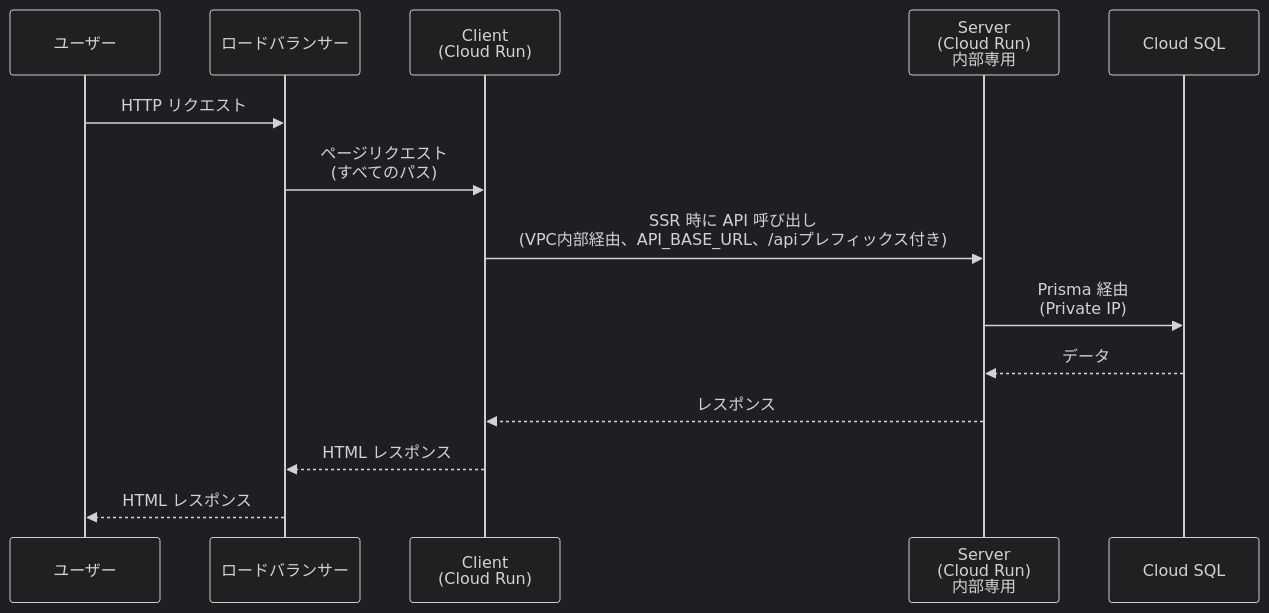
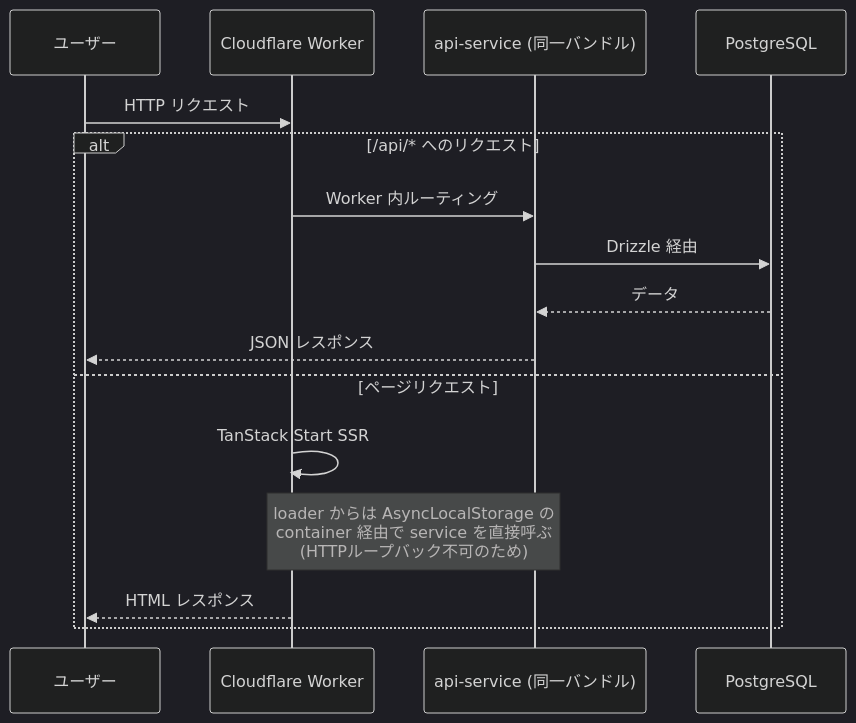
The third of 3 diagrams in docs/architecture/architecture.md (revedge-jp/fullstack-hono-tanstack-template), drawn with Mermaid (dark theme) before and after one commit. The commit also changed other lines of this file and 30 other files, not shown here.

````diff
--- a/docs/architecture/architecture.md
+++ b/docs/architecture/architecture.md
@@ -169,17 +94,19 @@
 ```mermaid
 sequenceDiagram
     participant User as ユーザー
-    participant LB as ロードバランサー
-    participant Client as Client<br/>(Cloud Run)
-    participant Server as Server<br/>(Cloud Run)<br/>内部専用
-    participant DB as Cloud SQL
-    
-    User->>LB: HTTP リクエスト
-    LB->>Client: ページリクエスト<br/>(すべてのパス)
-    Client->>Server: SSR 時に API 呼び出し<br/>(VPC内部経由、API_BASE_URL、/apiプレフィックス付き)
-    Server->>DB: Prisma 経由<br/>(Private IP)
-    DB-->>Server: データ
-    Server-->>Client: レスポンス
-    Client-->>LB: HTML レスポンス
-    LB-->>User: HTML レスポンス
+    participant Worker as Cloudflare Worker
+    participant Hono as api-service (同一バンドル)
+    participant DB as PostgreSQL
+
+    User->>Worker: HTTP リクエスト
+    alt /api/* へのリクエスト
+        Worker->>Hono: Worker 内ルーティング
+        Hono->>DB: Drizzle 経由
+        DB-->>Hono: データ
+        Hono-->>User: JSON レスポンス
+    else ページリクエスト
+        Worker->>Worker: TanStack Start SSR
+        Note over Worker,Hono: loader からは AsyncLocalStorage の<br/>container 経由で service を直接呼ぶ<br/>(HTTPループバック不可のため)
+        Worker-->>User: HTML レスポンス
+    end
 ```
````
